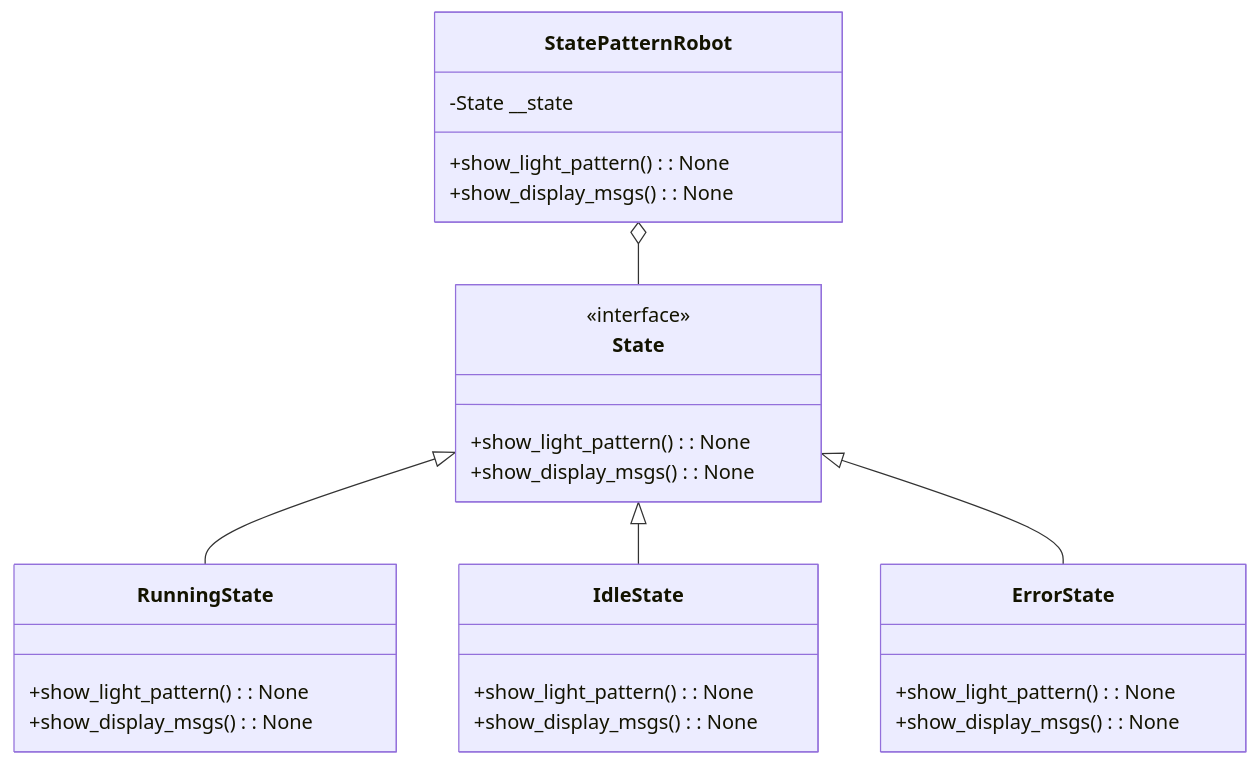
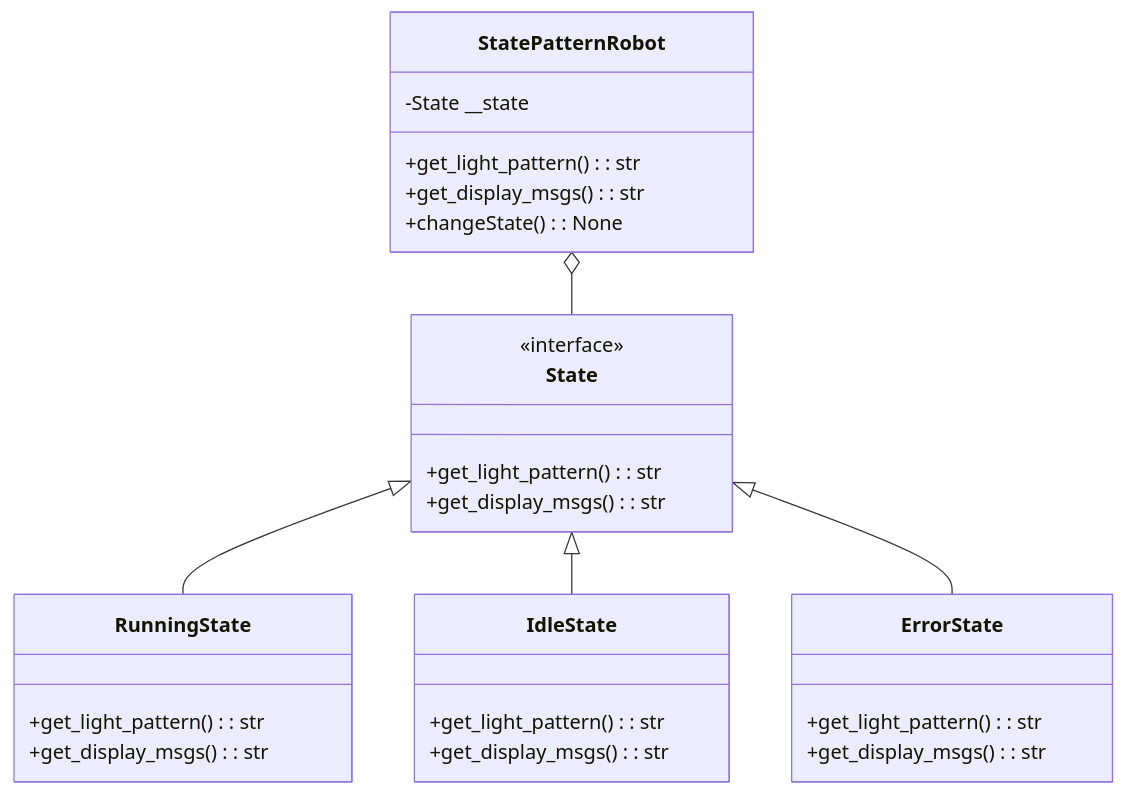
One commit to raucha/design-pattern-python changed the diagram in 19_State/readme.md. Above: the diagram before and after it, drawn with Mermaid.

````diff
--- a/19_State/readme.md
+++ b/19_State/readme.md
@@ -5,34 +5,35 @@
 ```mermaid
 classDiagram
 class StatePatternRobot{
   -State __state
-  +show_light_pattern(): None
-  +show_display_msgs(): None
+  +get_light_pattern(): str
+  +get_display_msgs(): str
+  +changeState(): None
 }
 
 class State{
   <<interface>>
-  +show_light_pattern(): None
-  +show_display_msgs(): None
+  +get_light_pattern(): str
+  +get_display_msgs(): str
 }
 
 class IdleState{
-  +show_light_pattern(): None
-  +show_display_msgs(): None
+  +get_light_pattern(): str
+  +get_display_msgs(): str
 }
 
 class ErrorState{
-  +show_light_pattern(): None
-  +show_display_msgs(): None
+  +get_light_pattern(): str
+  +get_display_msgs(): str
 }
 
 class RunningState{
-  +show_light_pattern(): None
-  +show_display_msgs(): None
+  +get_light_pattern(): str
+  +get_display_msgs(): str
 }
 
 StatePatternRobot o-- State
 State <|-- RunningState
 State <|-- IdleState
 State <|-- ErrorState
 ```
````
